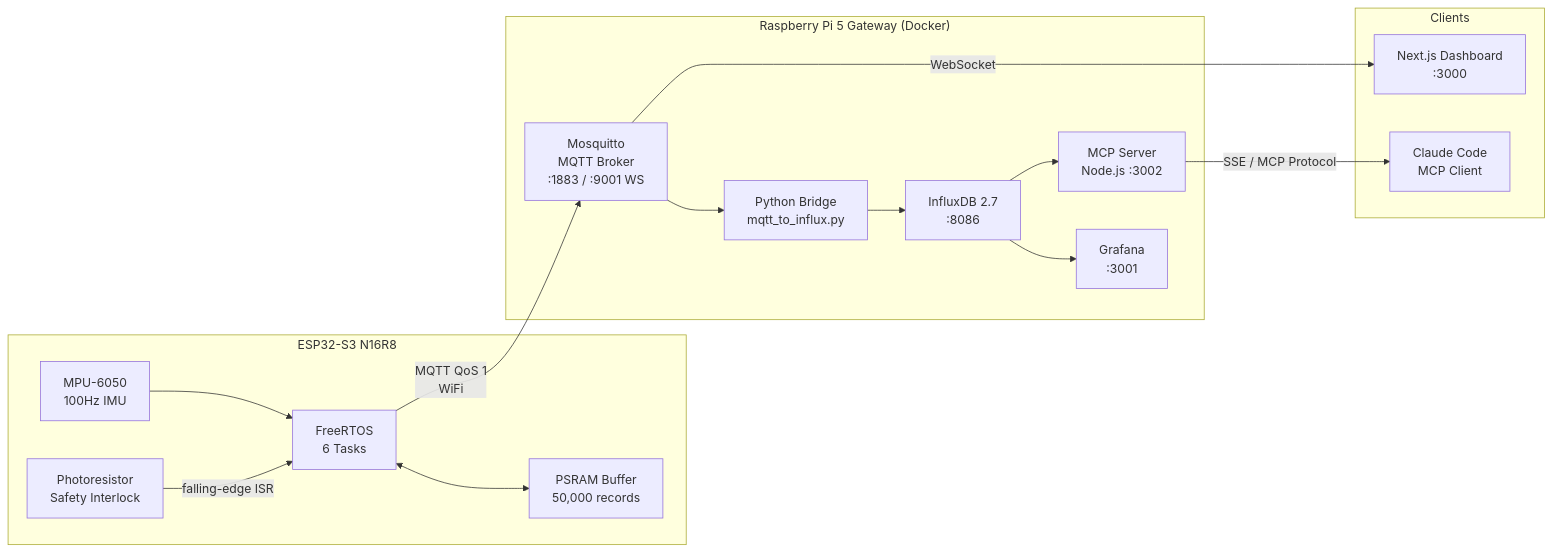
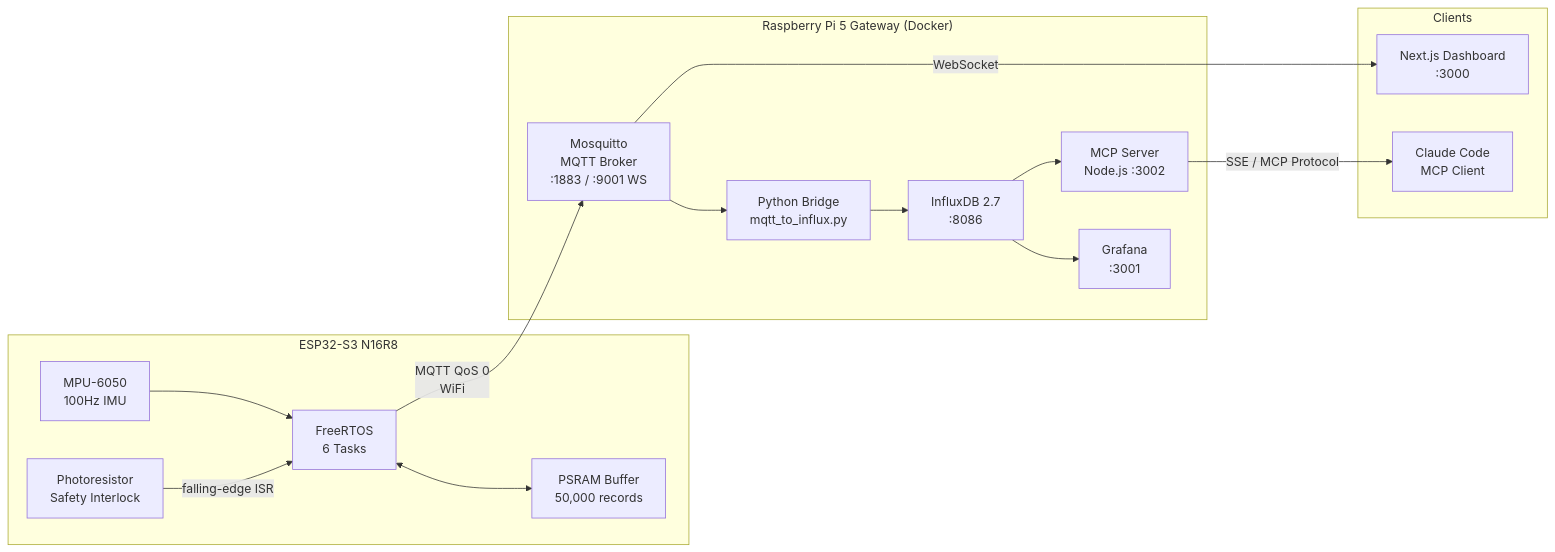
The first of 3 diagrams in docs/architecture.md (markPVale/industrial-sensor-pipeline), drawn with Mermaid before and after one commit. The commit also changed other lines of this file and 4 other files, not shown here.

````diff
--- a/docs/architecture.md
+++ b/docs/architecture.md
@@ -5,33 +5,33 @@
 ```mermaid
 graph LR
     subgraph hw["ESP32-S3 N16R8"]
         mpu["MPU-6050\n100Hz IMU"]
         ldr["Photoresistor\nSafety Interlock"]
         fw["FreeRTOS\n6 Tasks"]
         psram["PSRAM Buffer\n50,000 records"]
         mpu --> fw
         ldr -->|"falling-edge ISR"| fw
         fw <--> psram
     end
 
     subgraph pi["Raspberry Pi 5 Gateway (Docker)"]
         mosquitto["Mosquitto\nMQTT Broker\n:1883 / :9001 WS"]
         bridge["Python Bridge\nmqtt_to_influx.py"]
         influx["InfluxDB 2.7\n:8086"]
         grafana["Grafana\n:3001"]
         mcp["MCP Server\nNode.js :3002"]
     end
 
     subgraph clients["Clients"]
         dashboard["Next.js Dashboard\n:3000"]
         claude["Claude Code\nMCP Client"]
     end
 
-    fw -->|"MQTT QoS 1\nWiFi"| mosquitto
+    fw -->|"MQTT QoS 0\nWiFi"| mosquitto
     mosquitto --> bridge
     bridge --> influx
     influx --> grafana
     influx --> mcp
     mosquitto -->|"WebSocket"| dashboard
     mcp -->|"SSE / MCP Protocol"| claude
 ```
````
